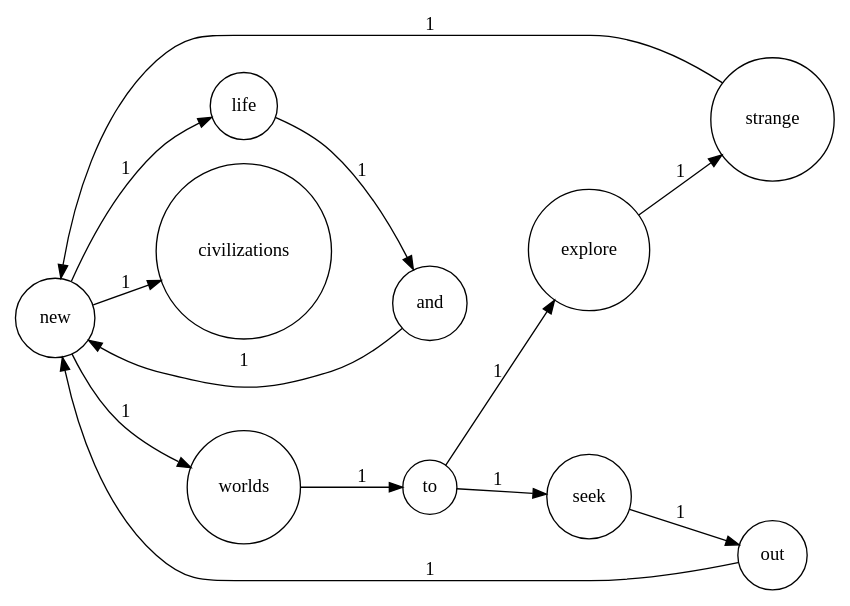
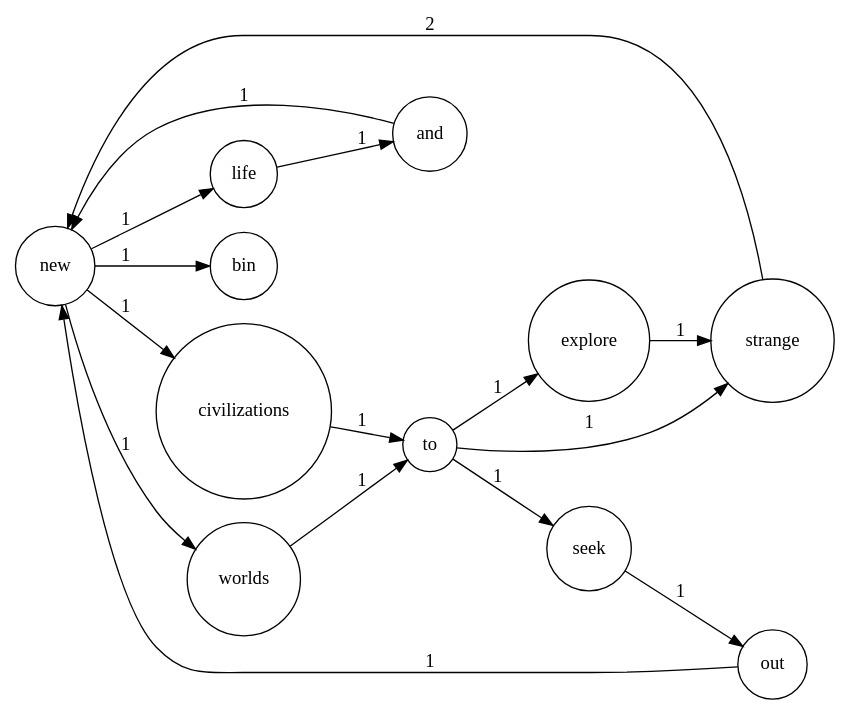
The diagram in lab1/outputGraph.dot (Lamentis-Stranger/LAB1_2021113680), drawn with Graphviz before and after one commit. The commit also changed 11 other files, not shown here.

```diff
--- a/lab1/outputGraph.dot
+++ b/lab1/outputGraph.dot
@@ -1,16 +1,19 @@
 digraph G {
     rankdir=LR;
     node [shape=circle];
     new -> worlds [label=1];
     new -> life [label=1];
     new -> civilizations [label=1];
+    new -> bin [label=1];
     worlds -> to [label=1];
     explore -> strange [label=1];
     and -> new [label=1];
     to -> explore [label=1];
     to -> seek [label=1];
+    to -> strange [label=1];
+    civilizations -> to [label=1];
     seek -> out [label=1];
-    strange -> new [label=1];
+    strange -> new [label=2];
     life -> and [label=1];
     out -> new [label=1];
 }
```
